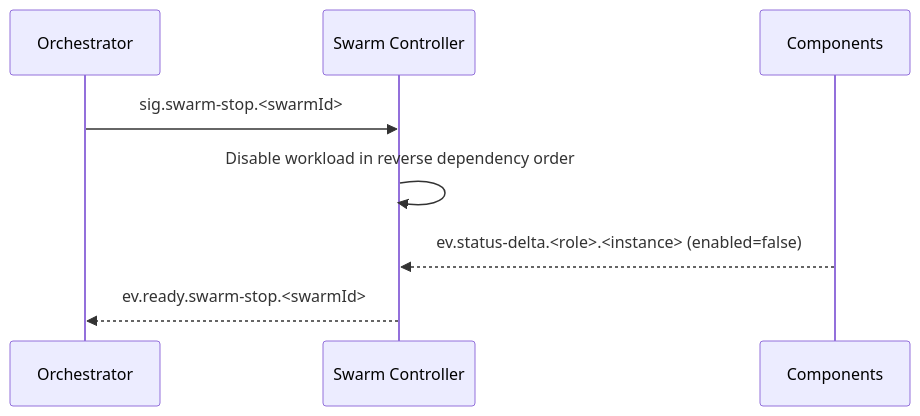
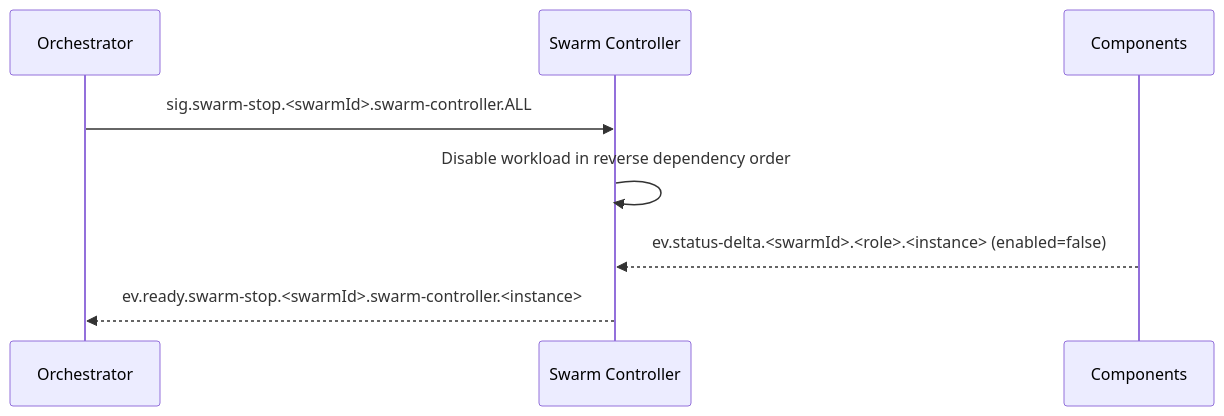
The sixth of 8 diagrams in docs/ARCHITECTURE.md (sepa79/PocketHive), drawn with Mermaid before and after one commit. The commit also changed other lines of this file and 7 other files, not shown here.

````diff
--- a/docs/ARCHITECTURE.md
+++ b/docs/ARCHITECTURE.md
@@ -216,11 +225,11 @@
 ```mermaid
 sequenceDiagram
   participant QN as Orchestrator
   participant MSH as Swarm Controller
   participant CMP as Components
 
-  QN->>MSH: sig.swarm-stop.<swarmId>
+  QN->>MSH: sig.swarm-stop.<swarmId>.swarm-controller.ALL
   MSH->>MSH: Disable workload in reverse dependency order
-  CMP-->>MSH: ev.status-delta.<role>.<instance> (enabled=false)
-  MSH-->>QN: ev.ready.swarm-stop.<swarmId>
+  CMP-->>MSH: ev.status-delta.<swarmId>.<role>.<instance> (enabled=false)
+  MSH-->>QN: ev.ready.swarm-stop.<swarmId>.swarm-controller.<instance>
 ```
````
